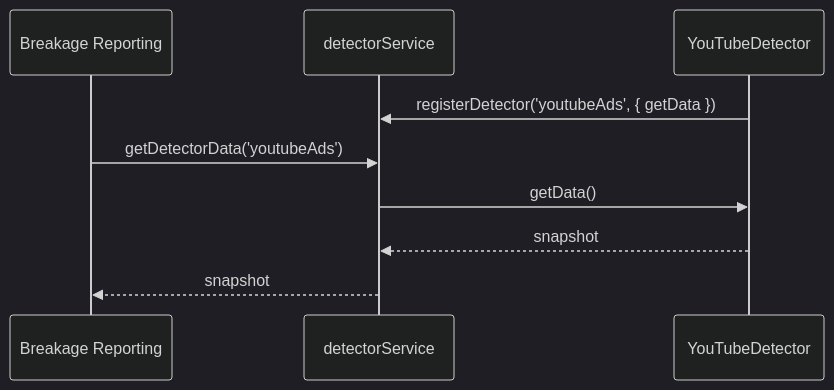
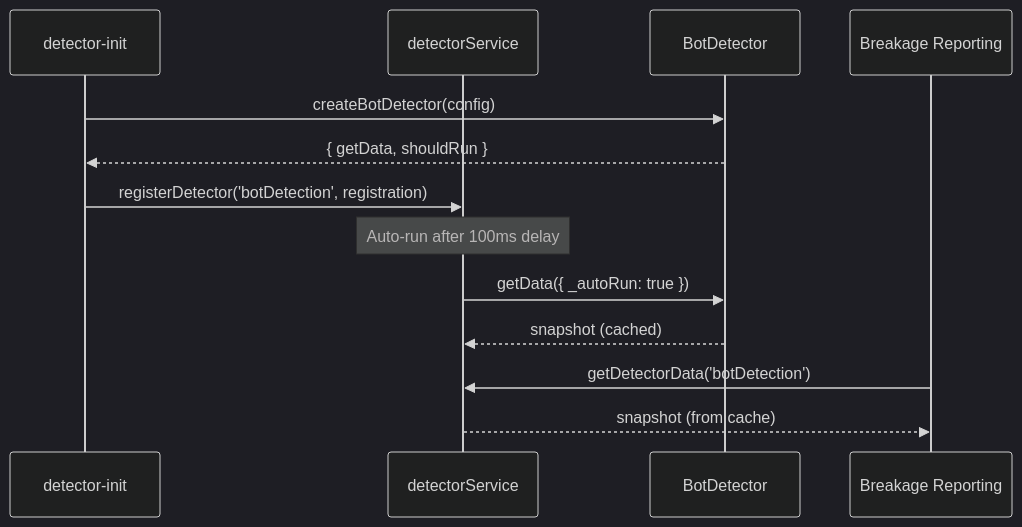
One commit to duckduckgo/content-scope-scripts changed the diagram in injected/src/detectors/README.md. Above: the diagram before and after it, drawn with Mermaid (dark theme). The commit also changed other lines of this file and 2 other files, not shown here.

````diff
--- a/injected/src/detectors/README.md
+++ b/injected/src/detectors/README.md
@@ -9,12 +9,16 @@
 ```mermaid
 sequenceDiagram
+    participant Init as detector-init
+    participant Service as detectorService
+    participant Detector as BotDetector
     participant Feature as Breakage Reporting
-    participant Service as detectorService
-    participant Detector as YouTubeDetector
 
-    Detector->>Service: registerDetector('youtubeAds', { getData })
-    Feature->>Service: getDetectorData('youtubeAds')
-    Service->>Detector: getData()
-    Detector-->>Service: snapshot
-    Service-->>Feature: snapshot
+    Init->>Detector: createBotDetector(config)
+    Detector-->>Init: { getData, shouldRun }
+    Init->>Service: registerDetector('botDetection', registration)
+    Note over Service: Auto-run after 100ms delay
+    Service->>Detector: getData({ _autoRun: true })
+    Detector-->>Service: snapshot (cached)
+    Feature->>Service: getDetectorData('botDetection')
+    Service-->>Feature: snapshot (from cache)
 ```
````
